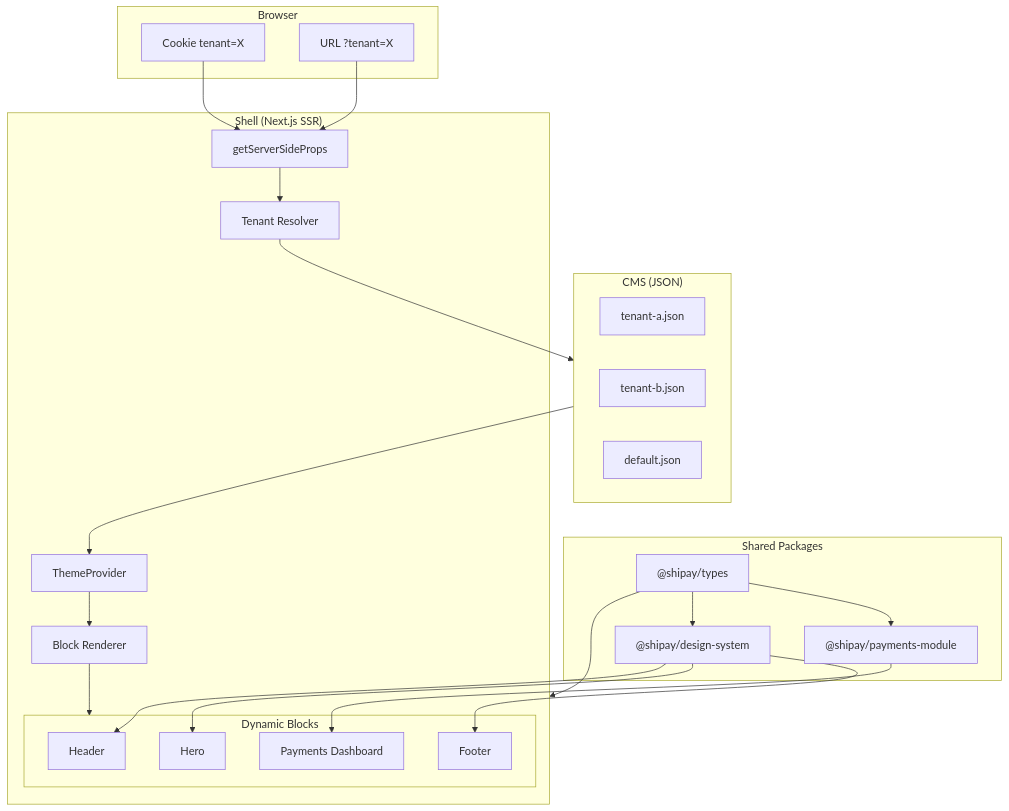
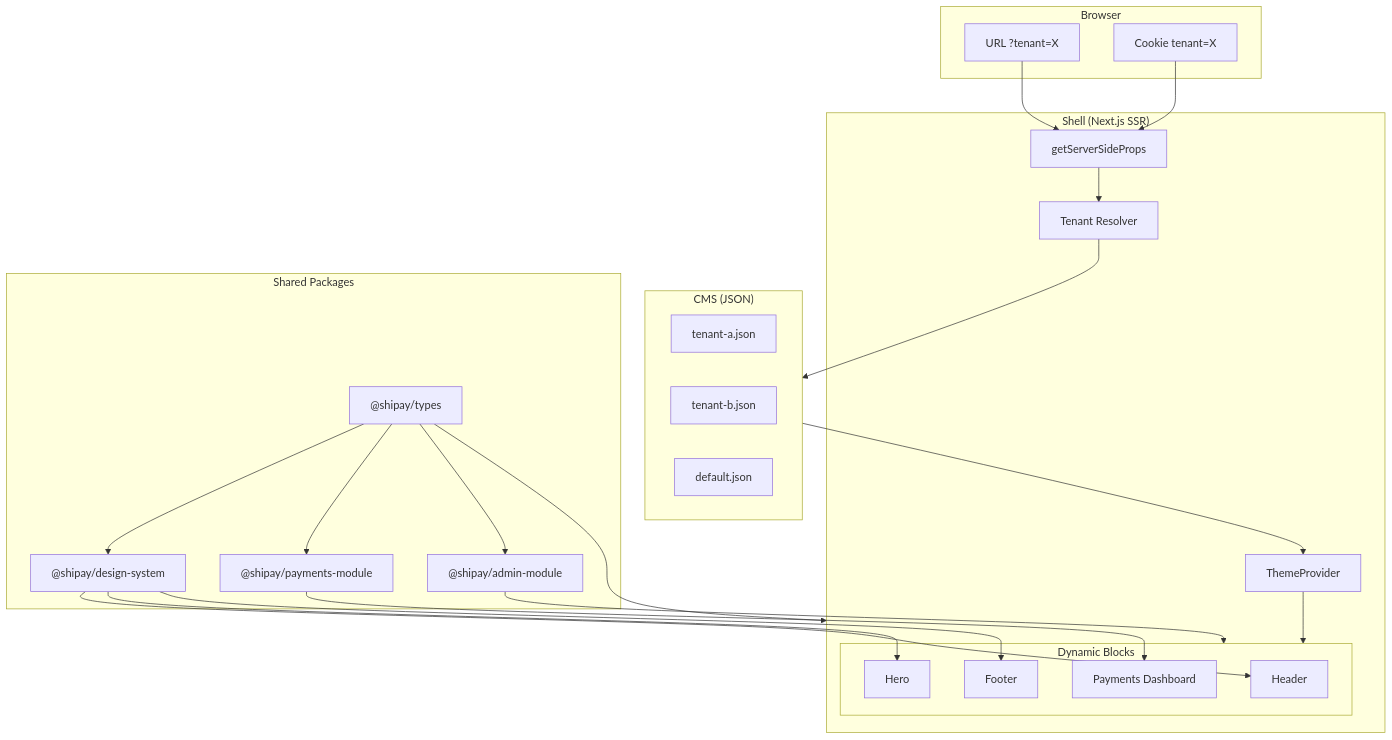
One commit to Emanuel-Ramos/tech-challenge changed the first of 2 diagrams in README.md. Above: the diagram before and after it, drawn with Mermaid. The commit also changed other lines of this file and 11 other files, not shown here.

````diff
--- a/README.md
+++ b/README.md
@@ -7,49 +73,50 @@
 ```mermaid
 flowchart TB
     subgraph Browser["Browser"]
         URL["URL ?tenant=X"]
         Cookie["Cookie tenant=X"]
     end
 
     subgraph Shell["Shell (Next.js SSR)"]
         SSR["getServerSideProps"]
         TR["Tenant Resolver"]
         TP["ThemeProvider"]
-        BR["Block Renderer"]
 
         subgraph Blocks["Dynamic Blocks"]
             Header["Header"]
             Hero["Hero"]
             PD["Payments Dashboard"]
             Footer["Footer"]
         end
     end
 
     subgraph Packages["Shared Packages"]
         DS["@shipay/design-system"]
         Types["@shipay/types"]
         PM["@shipay/payments-module"]
+        AM["@shipay/admin-module"]
     end
 
     subgraph CMS["CMS (JSON)"]
         TA["tenant-a.json"]
         TB["tenant-b.json"]
         TD["default.json"]
     end
 
     URL --> SSR
     Cookie --> SSR
     SSR --> TR
     TR --> CMS
     CMS --> TP
-    TP --> BR
-    BR --> Blocks
+    TP --> Blocks
 
     DS --> Header
     DS --> Hero
     DS --> Footer
     PM --> PD
+    AM --> Blocks
     Types --> DS
     Types --> PM
+    Types --> AM
     Types --> Shell
 ```
````
